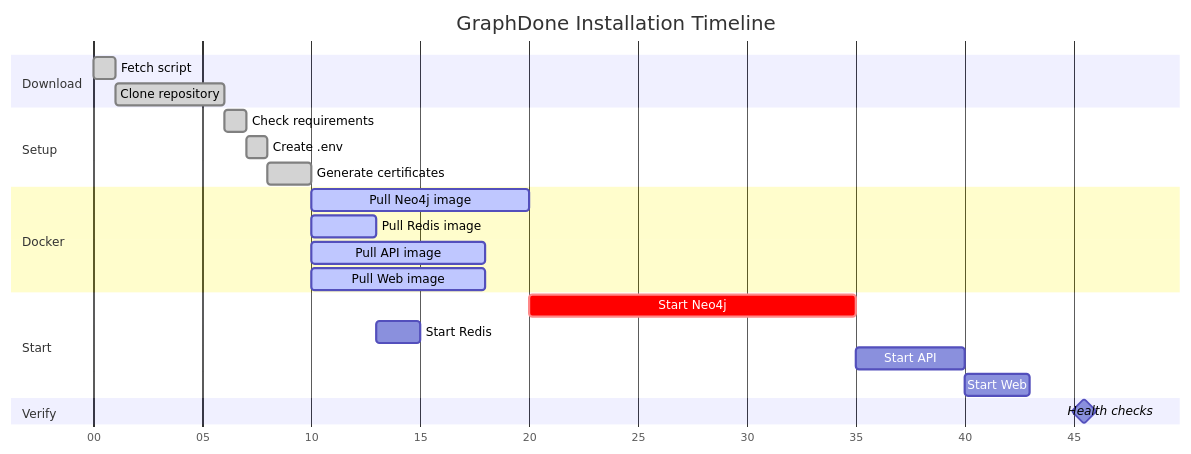
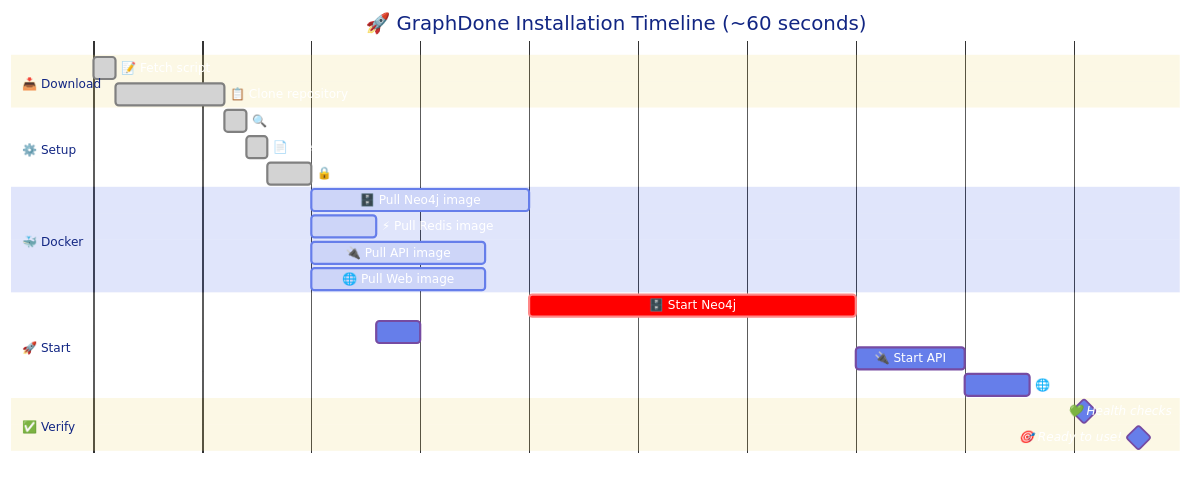
Before and after one commit to GraphDone/GraphDone-Core: the sixth of 6 diagrams in docs/installation-flow.md, drawn with Mermaid. The commit also changed other lines of this file, not shown here.

First line of the commit message:
✨ Transform Mermaid diagrams with modern professional styling

````diff
--- a/docs/installation-flow.md
+++ b/docs/installation-flow.md
@@ -242,30 +347,49 @@
 ```mermaid
+%%{init: {
+  'theme': 'base',
+  'themeVariables': {
+    'primaryColor': '#667eea',
+    'primaryTextColor': '#ffffff',
+    'primaryBorderColor': '#764ba2',
+    'gridColor': '#f093fb',
+    'c0': '#667eea',
+    'c1': '#f093fb', 
+    'c2': '#f5576c',
+    'c3': '#4facfe',
+    'c4': '#00f2fe',
+    'cScale0': '#667eea',
+    'cScale1': '#f093fb',
+    'cScale2': '#f5576c'
+  }
+}}%%
+
 gantt
-    title GraphDone Installation Timeline
+    title 🚀 GraphDone Installation Timeline (~60 seconds)
     dateFormat ss
-    axisFormat %S
+    axisFormat %Ss
     
-    section Download
-    Fetch script           :done, fetch, 00, 1s
-    Clone repository       :done, clone, after fetch, 5s
+    section 📥 Download
+    📝 Fetch script           :done, fetch, 00, 1s
+    📋 Clone repository       :done, clone, 01, 5s
     
-    section Setup
-    Check requirements     :done, req, after clone, 1s
-    Create .env           :done, env, after req, 1s
-    Generate certificates  :done, cert, after env, 2s
+    section ⚙️ Setup  
+    🔍 Check requirements     :done, req, 06, 1s
+    📄 Create .env           :done, env, 07, 1s
+    🔒 Generate certificates  :done, cert, 08, 2s
     
-    section Docker
-    Pull Neo4j image      :active, neo4j, after cert, 10s
-    Pull Redis image      :active, redis, after cert, 3s
-    Pull API image        :active, api, after cert, 8s
-    Pull Web image        :active, web, after cert, 8s
+    section 🐳 Docker
+    🗄️ Pull Neo4j image      :active, neo4j, 10, 10s
+    ⚡ Pull Redis image      :active, redis, 10, 3s
+    🔌 Pull API image        :active, api, 10, 8s
+    🌐 Pull Web image        :active, web, 10, 8s
     
-    section Start
-    Start Neo4j           :crit, startneo, after neo4j, 15s
-    Start Redis           :startredis, after redis, 2s
-    Start API             :startapi, after api startneo, 5s
-    Start Web             :startweb, after web startapi, 3s
+    section 🚀 Start
+    🗄️ Start Neo4j           :crit, startneo, 20, 15s
+    ⚡ Start Redis           :startredis, 13, 2s
+    🔌 Start API             :startapi, 35, 5s
+    🌐 Start Web             :startweb, 40, 3s
     
-    section Verify
-    Health checks         :milestone, after startweb, 5s
+    section ✅ Verify
+    💚 Health checks         :milestone, 43, 5s
+    🎯 Ready to use!         :milestone, 48, 0s
 ```
````
